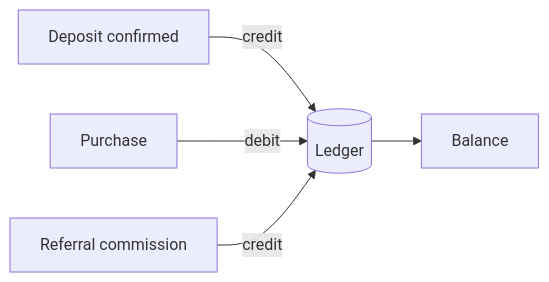
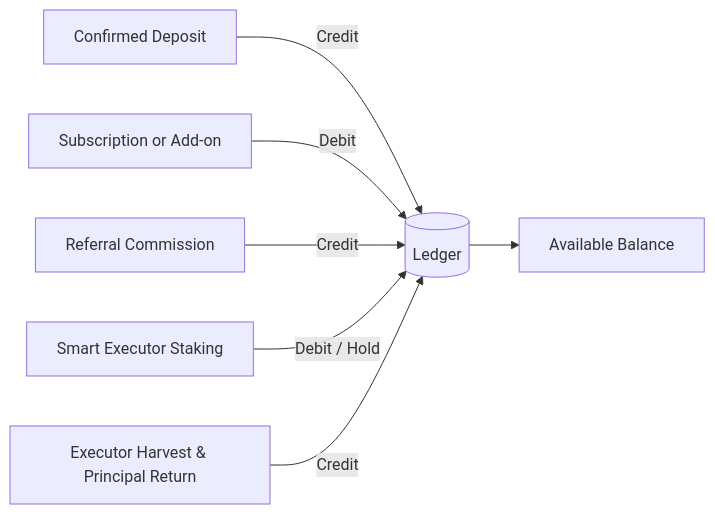
One commit to rempprandy/docs changed the diagram in platform/treasury.mdx. Above: the diagram before and after it, drawn with Mermaid. The commit also changed other lines of this file and 37 other files, not shown here.

````diff
--- a/platform/treasury.mdx
+++ b/platform/treasury.mdx
@@ -13,7 +12,9 @@
 ```mermaid
 flowchart LR
-    D[Deposit confirmed] -->|credit| L[(Ledger)]
-    P[Purchase] -->|debit| L
-    C[Referral commission] -->|credit| L
-    L --> B[Balance]
+    D[Confirmed Deposit] -->|Credit| L[(Ledger)]
+    P[Subscription or Add-on] -->|Debit| L
+    C[Referral Commission] -->|Credit| L
+    E1[Smart Executor Staking] -->|Debit / Hold| L
+    E2[Executor Harvest & Principal Return] -->|Credit| L
+    L --> B[Available Balance]
 ```
````
